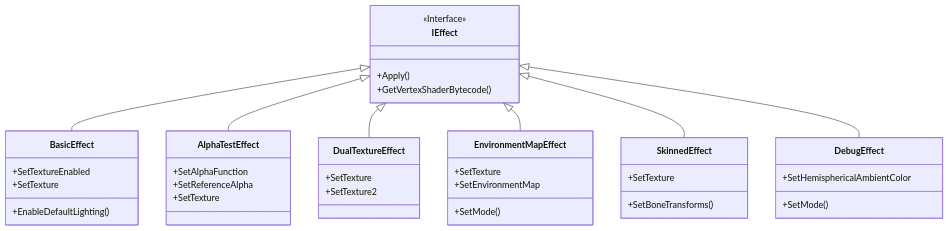
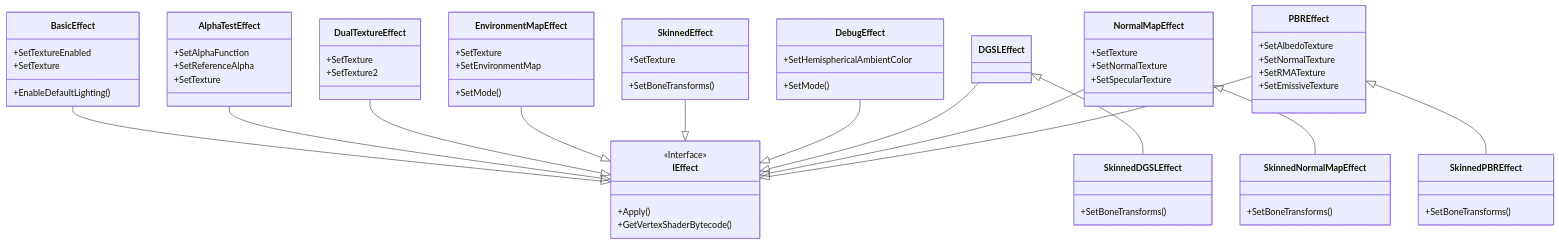
The diagram in Effects.md (neogrammer/Wiki), drawn with Mermaid before and after one commit.

Commit message:
Updated Effects (markdown)

````diff
--- a/Effects.md
+++ b/Effects.md
@@ -30,41 +30,68 @@
 ```mermaid
 classDiagram
 class IEffect{
     <<Interface>> 
     +Apply()
     +GetVertexShaderBytecode()
 }
 class BasicEffect{
     +SetTextureEnabled
     +SetTexture
     +EnableDefaultLighting()
 }
-IEffect <|-- BasicEffect
+BasicEffect --|> IEffect
 class AlphaTestEffect{
     +SetAlphaFunction
     +SetReferenceAlpha
     +SetTexture
 }
-IEffect <|-- AlphaTestEffect
+AlphaTestEffect --|> IEffect
 class DualTextureEffect{
     +SetTexture
     +SetTexture2
 }
-IEffect <|-- DualTextureEffect
+DualTextureEffect --|> IEffect
 class EnvironmentMapEffect{
     +SetTexture
     +SetEnvironmentMap
     +SetMode()
 }
-IEffect <|-- EnvironmentMapEffect
+EnvironmentMapEffect --|> IEffect
 class SkinnedEffect{
     +SetTexture
     +SetBoneTransforms()
 }
-IEffect <|-- SkinnedEffect
+SkinnedEffect --|> IEffect
 class DebugEffect{
     +SetHemisphericalAmbientColor
     +SetMode()
 }
-IEffect <|-- DebugEffect
+DebugEffect --|> IEffect
+class DGSLEffect
+DGSLEffect --|> IEffect
+class SkinnedDGSLEffect{
+    +SetBoneTransforms()
+}
+DGSLEffect<|-- SkinnedDGSLEffect
+class NormalMapEffect{
+    +SetTexture
+    +SetNormalTexture
+    +SetSpecularTexture
+}
+NormalMapEffect --|> IEffect
+class SkinnedNormalMapEffect{
+    +SetBoneTransforms()
+}
+NormalMapEffect <|-- SkinnedNormalMapEffect
+class PBREffect{
+    +SetAlbedoTexture
+    +SetNormalTexture
+    +SetRMATexture
+    +SetEmissiveTexture
+}
+PBREffect --|> IEffect
+class SkinnedPBREffect{
+    +SetBoneTransforms()
+}
+PBREffect <|-- SkinnedPBREffect
 ```
````
